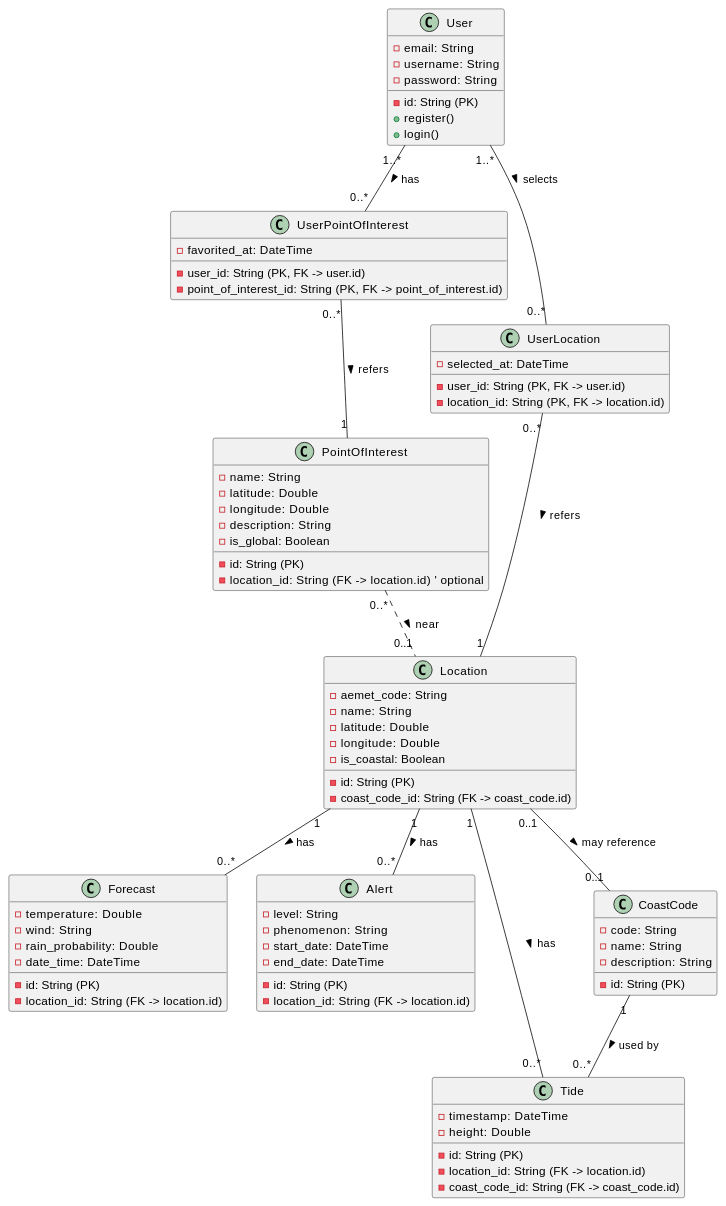
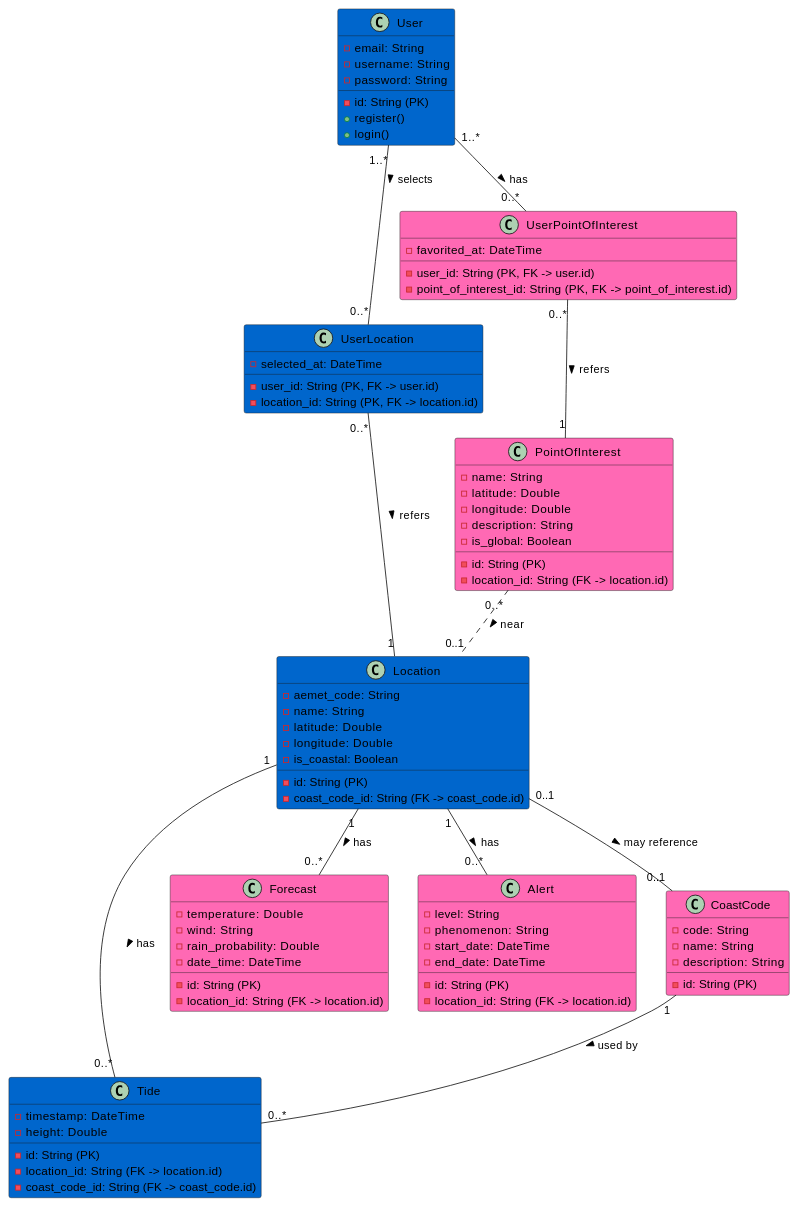
The second of 3 diagrams in docs/diagrams.md (aangelo21/canary-weather), drawn with PlantUML before and after one commit.

Commit message:
Refactor class diagram in diagrams.md

````diff
--- a/docs/diagrams.md
+++ b/docs/diagrams.md
@@ -46,6 +46,9 @@
 ```plantuml
 @startuml Class Diagram
-class User {
+
+' Rosa = Gabriel, Azul = Angelo
+
+class User #0066CC {
     -id: String (PK)
     -email: String
     -username: String
@@ -54,7 +57,7 @@
     +login()
 }
 
-class Location {
+class Location #0066CC {
     -id: String (PK)
     -aemet_code: String
     -name: String
@@ -64,17 +67,31 @@
     -coast_code_id: String (FK -> coast_code.id)
 }
 
-class PointOfInterest {
+class UserLocation #0066CC {
+    -user_id: String (PK, FK -> user.id)
+    -location_id: String (PK, FK -> location.id)
+    -selected_at: DateTime
+}
+
+class Tide #0066CC {
+    -id: String (PK)
+    -timestamp: DateTime
+    -height: Double
+    -location_id: String (FK -> location.id)
+    -coast_code_id: String (FK -> coast_code.id)
+}
+
+class PointOfInterest #FF69B4 {
     -id: String (PK)
     -name: String
     -latitude: Double
     -longitude: Double
     -description: String
     -is_global: Boolean
-    -location_id: String (FK -> location.id)  ' optional
+    -location_id: String (FK -> location.id)
 }
 
-class Forecast {
+class Forecast #FF69B4 {
     -id: String (PK)
     -temperature: Double
     -wind: String
@@ -83,7 +100,7 @@
     -location_id: String (FK -> location.id)
 }
 
-class Alert {
+class Alert #FF69B4 {
     -id: String (PK)
     -level: String
     -phenomenon: String
@@ -92,31 +109,17 @@
     -location_id: String (FK -> location.id)
 }
 
-class Tide {
-    -id: String (PK)
-    -timestamp: DateTime
-    -height: Double
-    -location_id: String (FK -> location.id)
-    -coast_code_id: String (FK -> coast_code.id)
-}
-
-class CoastCode {
+class CoastCode #FF69B4 {
     -id: String (PK)
     -code: String
     -name: String
     -description: String
 }
 
-class UserPointOfInterest {
+class UserPointOfInterest #FF69B4 {
     -user_id: String (PK, FK -> user.id)
     -point_of_interest_id: String (PK, FK -> point_of_interest.id)
     -favorited_at: DateTime
-}
-
-class UserLocation {
-    -user_id: String (PK, FK -> user.id)
-    -location_id: String (PK, FK -> location.id)
-    -selected_at: DateTime
 }
 
 ' User relationships
@@ -137,5 +140,6 @@
 
 ' POIs can optionally be linked to a location
 PointOfInterest "0..*" .. "0..1" Location : near >
+
 @enduml
 ```
````
